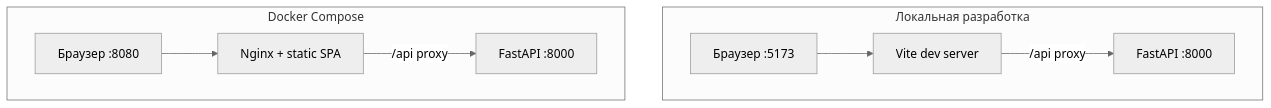
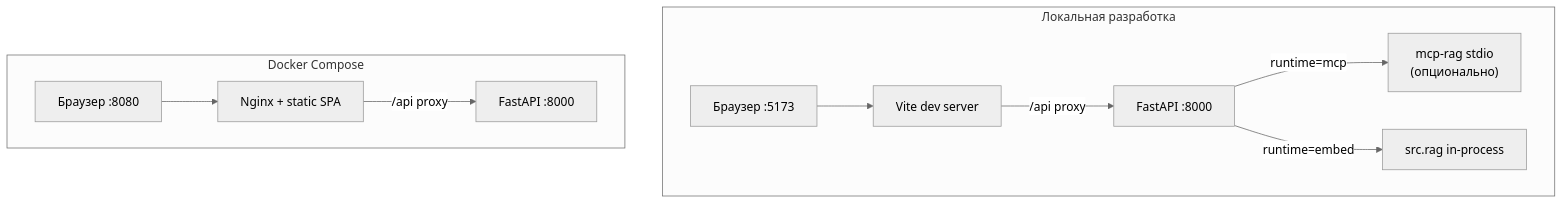
One commit to Dmitry178/avia-rag-bot changed the diagram in docs/deployment_ru.md. Above: the diagram before and after it, drawn with Mermaid (neutral theme). The commit also changed other lines of this file and 1 other file, not shown here.

Commit message:
Update deployment documentation for mcp-rag integration

````diff
--- a/docs/deployment_ru.md
+++ b/docs/deployment_ru.md
@@ -133,18 +149,21 @@
 ```mermaid
 flowchart TB
     subgraph dev ["Локальная разработка"]
         Browser1["Браузер :5173"]
         Vite["Vite dev server"]
         API1["FastAPI :8000"]
+        MCP1["mcp-rag stdio\n(опционально)"]
         Browser1 --> Vite
         Vite -->|"/api proxy"| API1
+        API1 -->|runtime=mcp| MCP1
+        API1 -->|runtime=embed| RAG1["src.rag in-process"]
     end
 
     subgraph docker ["Docker Compose"]
         Browser2["Браузер :8080"]
         Nginx["Nginx + static SPA"]
         API2["FastAPI :8000"]
         Browser2 --> Nginx
         Nginx -->|"/api proxy"| API2
     end
 ```
````
